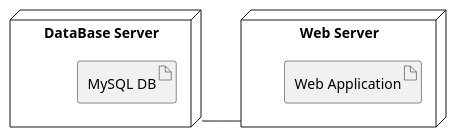
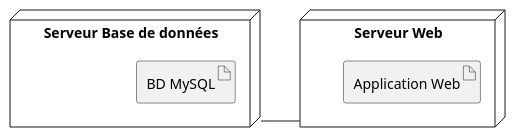
One commit to gigl-uml/Guide_uml_polymtl changed the diagram in plant_uml/deploymentRepresentation.plantuml. Above: the diagram before and after it, drawn with PlantUML. The commit also changed 9 other files, not shown here.

```diff
--- a/plant_uml/deploymentRepresentation.plantuml
+++ b/plant_uml/deploymentRepresentation.plantuml
@@ -1,15 +1,15 @@
 @startuml
 skinparam backgroundcolor transparent
 skinparam linetype ortho
 
-node "DataBase Server" as DB {
-  artifact "MySQL DB"
+node "Serveur Base de données" as DB {
+  artifact "BD MySQL"
 }
 
-node "Web Server" as webServer {
-  artifact "Web Application"
+node "Serveur Web" as webServer {
+  artifact "Application Web"
 }
 
 DB -r-- webServer
 
 @enduml
```
